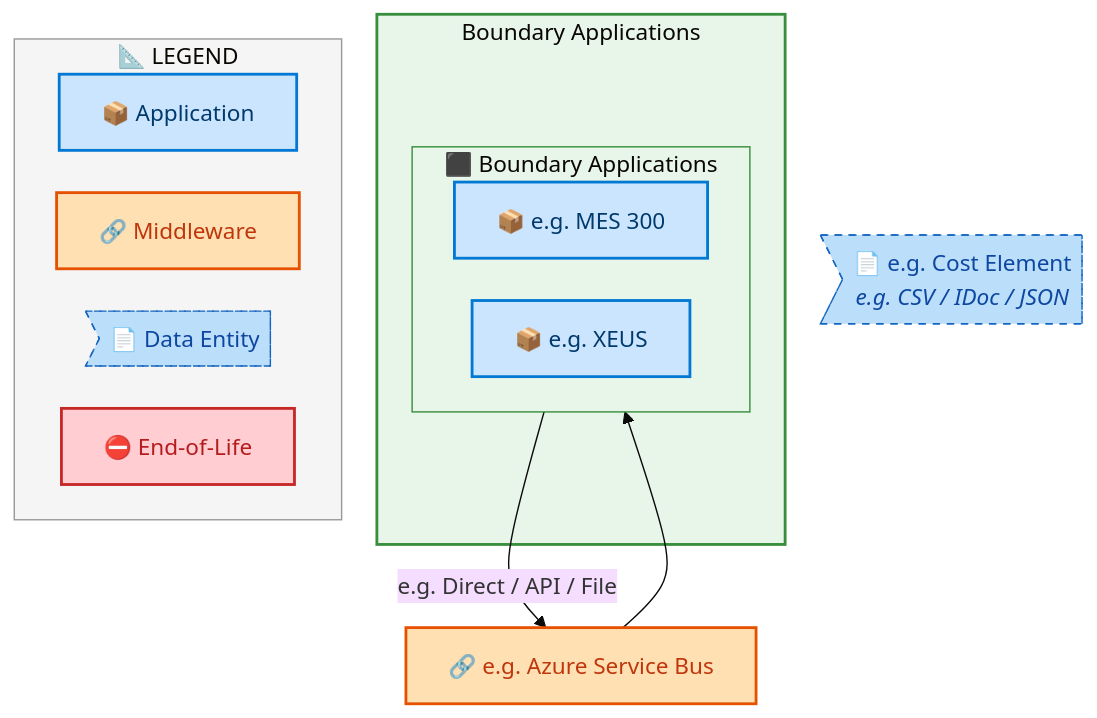
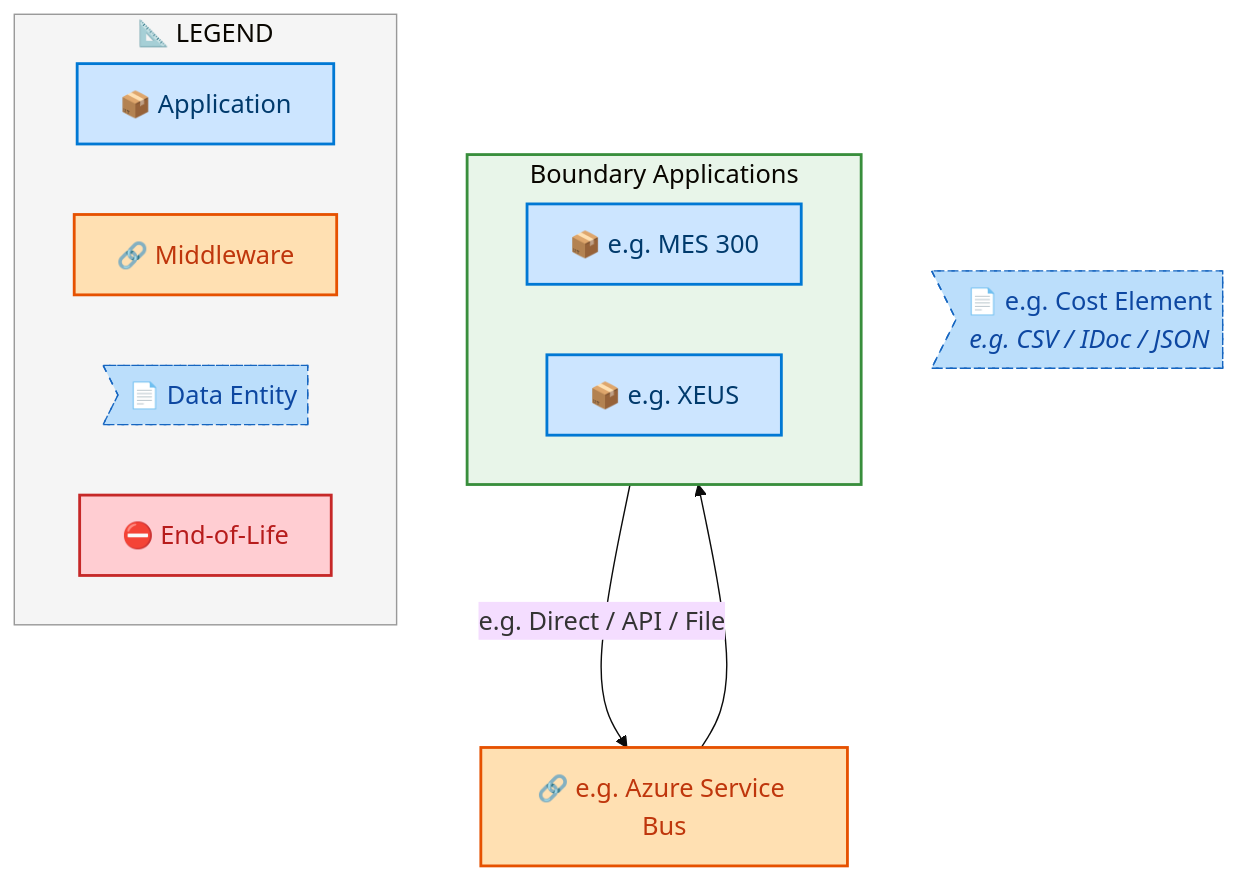
The seventh of 10 diagrams in towers/E2E/Forecast to Stock/E2E-113/output/docs/systems-architecture/E2E-113-Architecture.md (sajivfrancis777/IAO-Architecture), drawn with Mermaid before and after one commit. The commit also changed other lines of this file and 251 other files, not shown here.

````diff
--- a/towers/E2E/Forecast to Stock/E2E-113/output/docs/systems-architecture/E2E-113-Architecture.md
+++ b/towers/E2E/Forecast to Stock/E2E-113/output/docs/systems-architecture/E2E-113-Architecture.md
@@ -812,40 +812,37 @@
 ```mermaid
-%%{init: {"theme": "base", "securityLevel": "loose", "themeVariables": {"fontSize": "16px", "fontFamily": "Segoe UI, Arial, sans-serif"}, "flowchart": {"useMaxWidth": false, "htmlLabels": true, "nodeSpacing": 30, "rankSpacing": 35}} }%%
+%%{init: {"theme": "base", "securityLevel": "loose", "themeVariables": {"fontSize": "18px", "fontFamily": "Segoe UI, Arial, sans-serif"}, "flowchart": {"useMaxWidth": false, "htmlLabels": true, "nodeSpacing": 50, "rankSpacing": 60}} }%%
 flowchart TB
     %% -- ArchiMate 3.2 + Azure style classes --
     classDef business      fill:#FFFFB3,stroke:#F9A825,stroke-width:2px,color:#000
     classDef app           fill:#CCE5FF,stroke:#0078D4,stroke-width:2px,color:#003A6C
     classDef data          fill:#BBDEFB,stroke:#1565C0,stroke-width:1px,color:#0D47A1,stroke-dasharray: 5 5
     classDef middleware    fill:#FFE0B2,stroke:#E65100,stroke-width:2px,color:#BF360C
     classDef eol           fill:#FFCDD2,stroke:#C62828,stroke-width:2px,color:#B71C1C
     classDef saas          fill:#E1BEE7,stroke:#7B1FA2,stroke-width:2px,color:#4A148C
     classDef cloud         fill:#BBDEFB,stroke:#1565C0,stroke-width:2px,color:#0D47A1
     classDef onprem        fill:#C8E6C9,stroke:#2E7D32,stroke-width:2px,color:#1B5E20
 
-    subgraph E2E113CT_Boundary_Applications["Boundary Applications"]
-        subgraph E2E113CLN_Boundary_Applications[" ⬛ Boundary Applications"]
-            direction LR
-            E2E113C_e_g_MES_300["📦 e.g. MES 300"]:::app
-            E2E113C_e_g_XEUS["📦 e.g. XEUS"]:::app
-        end
+    subgraph E2E113CLN_Boundary_Applications[" Boundary Applications"]
+        direction LR
+        E2E113C_e_g_MES_300["📦 e.g. MES 300"]:::app
+        E2E113C_e_g_XEUS["📦 e.g. XEUS"]:::app
     end
 
     E2E113CMW_e_g_Azure_Service_Bus["🔗 e.g. Azure Service Bus"]:::middleware
     E2E113CDE_e_g_Cost_Element>"📄 e.g. Cost Element<br/><i>e.g. CSV / IDoc / JSON</i>"]:::data
 
     E2E113C_e_g_MES_300 -->|"e.g. Direct / API / File"| E2E113CMW_e_g_Azure_Service_Bus
     E2E113CMW_e_g_Azure_Service_Bus --> E2E113C_e_g_XEUS
 
 
-    style E2E113CT_Boundary_Applications fill:#E8F5E9,stroke:#388E3C,stroke-width:2px
-    style E2E113CLN_Boundary_Applications fill:#E8F5E9,stroke:#388E3C,stroke-width:1px
+    style E2E113CLN_Boundary_Applications fill:#E8F5E9,stroke:#388E3C,stroke-width:2px
 
     subgraph Legend["📐 LEGEND"]
         direction LR
         L_APP["📦 Application"]:::app
         L_MW["🔗 Middleware"]:::middleware
         L_DE>"📄 Data Entity"]:::data
         L_EOL["⛔ End-of-Life"]:::eol
     end
     style Legend fill:#F5F5F5,stroke:#999,stroke-width:1px
 ```
````
